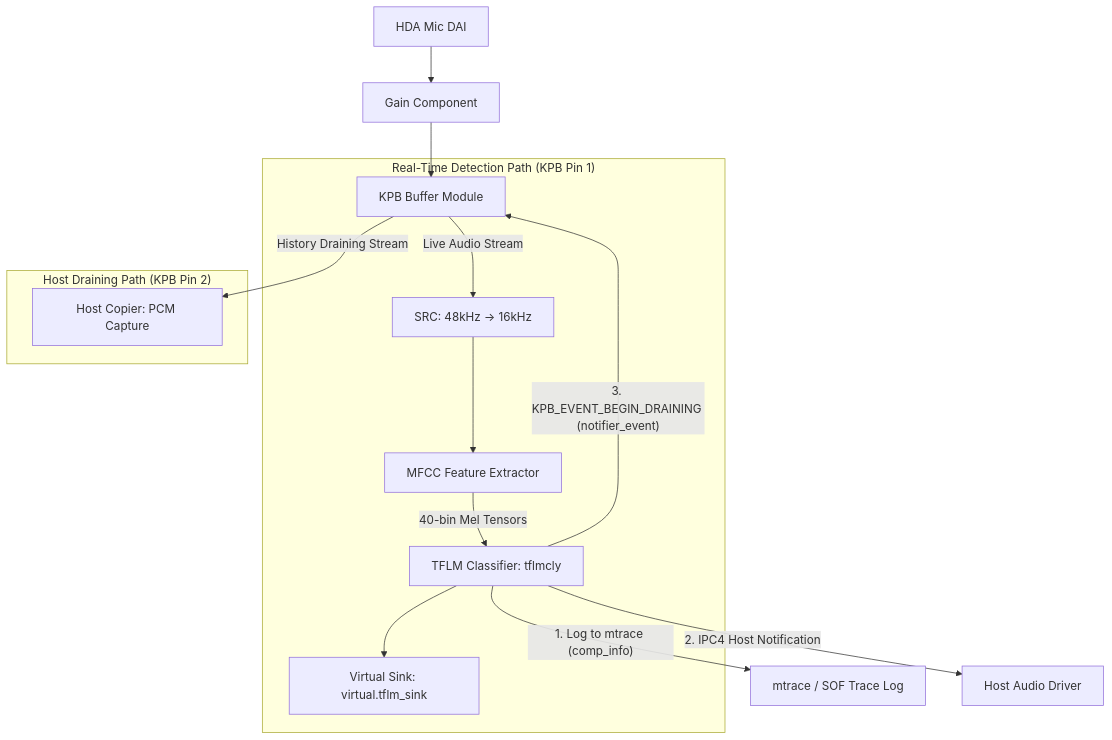
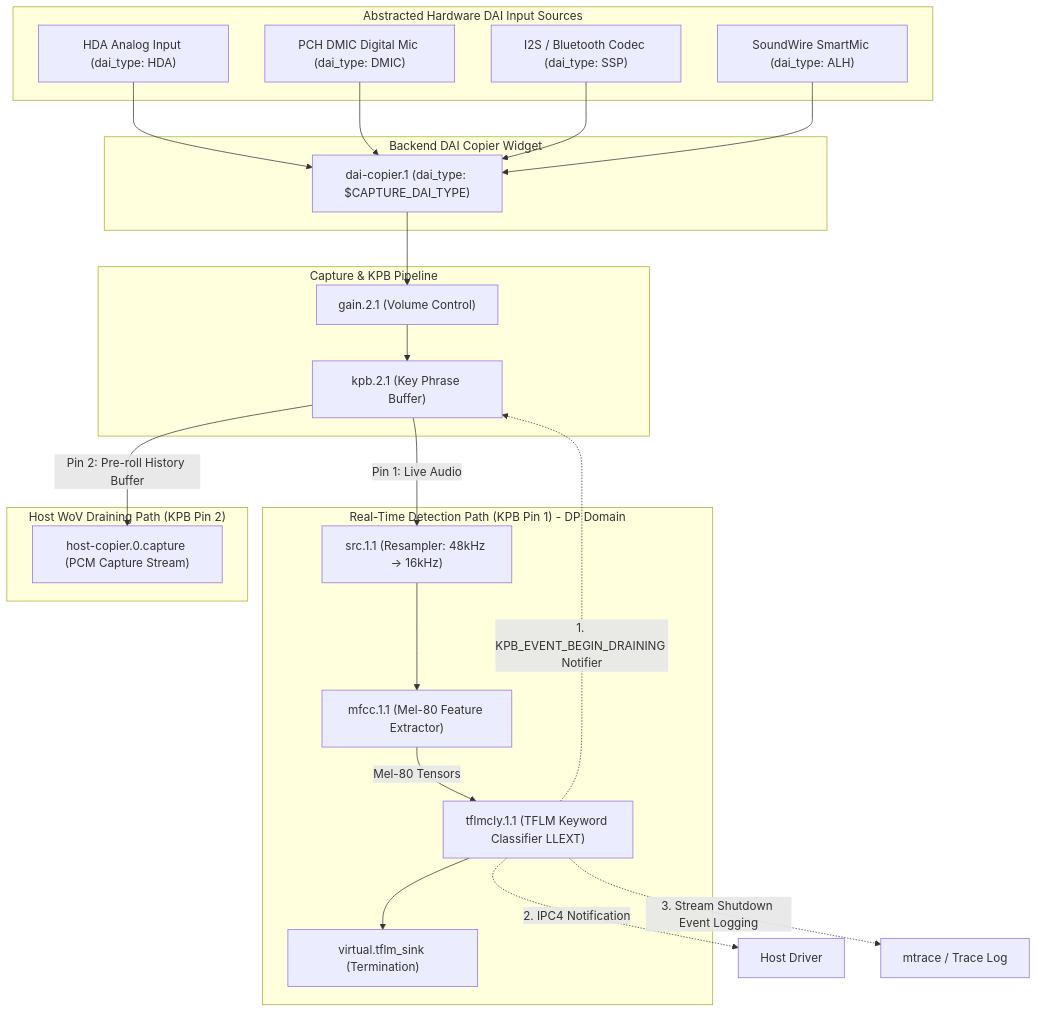
Before and after one commit to singalsu/sof: the diagram in src/audio/tensorflow/README.md, drawn with Mermaid. The commit also changed other lines of this file, not shown here.

First line of the commit message:
audio: tflm: Update README.md with pipeline architecture, input abstraction, and usage

````diff
--- a/src/audio/tensorflow/README.md
+++ b/src/audio/tensorflow/README.md
@@ -19,20 +19,47 @@
 ```mermaid
 graph TD
-    DAI[HDA Mic DAI] --> Gain[Gain Component]
-    Gain --> KPB[KPB Buffer Module]
-
-    subgraph "Real-Time Detection Path (KPB Pin 1)"
-        KPB -- Live Audio Stream --> SRC[SRC: 48kHz -> 16kHz]
-        SRC --> MFCC[MFCC Feature Extractor]
-        MFCC -- 40-bin Mel Tensors --> TFLM[TFLM Classifier: tflmcly]
-        TFLM --> VSink[Virtual Sink: virtual.tflm_sink]
+    subgraph Audio_Inputs ["Abstracted Hardware DAI Input Sources"]
+        HDA["HDA Analog Input (dai_type: HDA)"]
+        DMIC["PCH DMIC Digital Mic (dai_type: DMIC)"]
+        SSP["I2S / Bluetooth Codec (dai_type: SSP)"]
+        SDW["SoundWire SmartMic (dai_type: ALH)"]
     end
 
-    subgraph "Host Draining Path (KPB Pin 2)"
-        KPB -- History Draining Stream --> Host[Host Copier: PCM Capture]
+    subgraph DAI_Abstraction ["Backend DAI Copier Widget"]
+        DAI["dai-copier.1 (dai_type: $CAPTURE_DAI_TYPE)"]
     end
 
-    TFLM -- "1. Log to mtrace (comp_info)" --> MTrace[mtrace / SOF Trace Log]
-    TFLM -- "2. IPC4 Host Notification" --> IPC[Host Audio Driver]
-    TFLM -- "3. KPB_EVENT_BEGIN_DRAINING (notifier_event)" --> KPB
+    subgraph KPB_Pipeline ["Capture & KPB Pipeline"]
+        Gain["gain.2.1 (Volume Control)"]
+        KPB["kpb.2.1 (Key Phrase Buffer)"]
+    end
+
+    subgraph Detect_Pipeline ["Real-Time Detection Path (KPB Pin 1) - DP Domain"]
+        SRC["src.1.1 (Resampler: 48kHz -> 16kHz)"]
+        MFCC["mfcc.1.1 (Mel-80 Feature Extractor)"]
+        TFLM["tflmcly.1.1 (TFLM Keyword Classifier LLEXT)"]
+        VSink["virtual.tflm_sink (Termination)"]
+    end
+
+    subgraph Host_Pipeline ["Host WoV Draining Path (KPB Pin 2)"]
+        Host["host-copier.0.capture (PCM Capture Stream)"]
+    end
+
+    HDA --> DAI
+    DMIC --> DAI
+    SSP --> DAI
+    SDW --> DAI
+
+    DAI --> Gain
+    Gain --> KPB
+    KPB -- Pin 1: Live Audio --> SRC
+    SRC --> MFCC
+    MFCC -- Mel-80 Tensors --> TFLM
+    TFLM --> VSink
+
+    TFLM -.->|1. KPB_EVENT_BEGIN_DRAINING Notifier| KPB
+    TFLM -.->|2. IPC4 Notification| Host_Driver[Host Driver]
+    TFLM -.->|3. Stream Shutdown Event Logging| MTrace[mtrace / Trace Log]
+
+    KPB -- Pin 2: Pre-roll History Buffer --> Host
 ```
````
